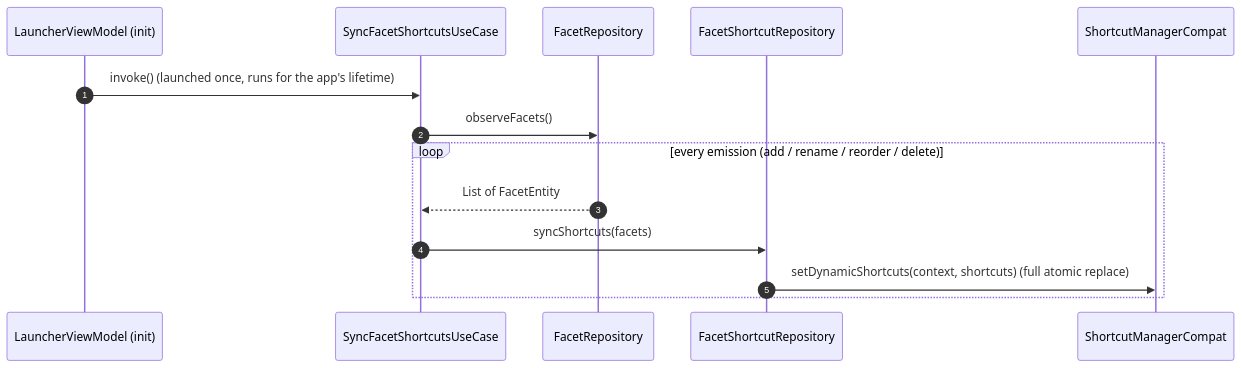
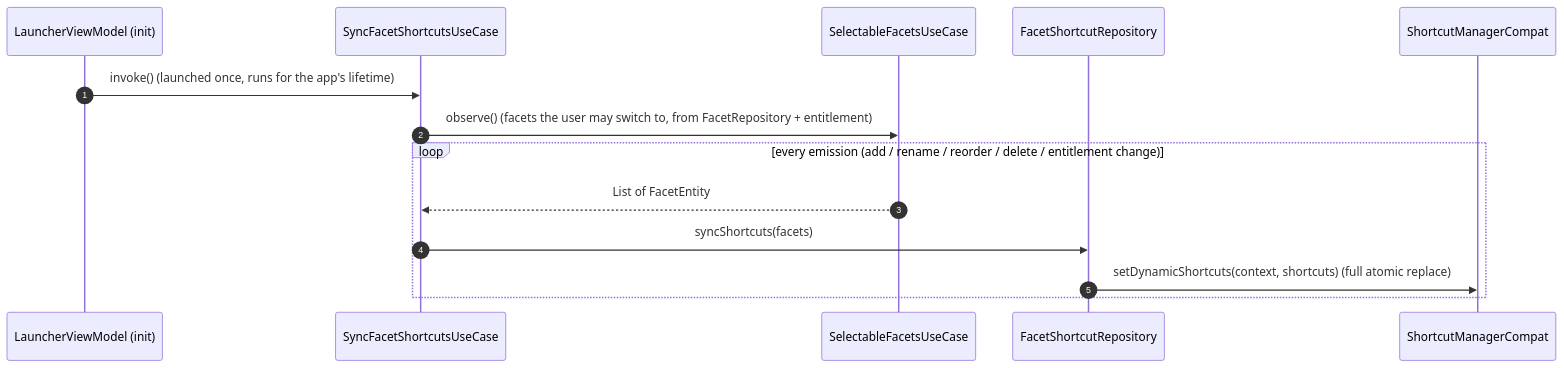
One commit to rohitganjam/facet-launcher changed the first of 2 diagrams in docs/architecture/14-flow-deep-links-and-shortcuts.md. Above: the diagram before and after it, drawn with Mermaid. The commit also changed other lines of this file and 78 other files, not shown here.

First line of the commit message:
Fold the eight Dock/Favorites tables into app_placements and folder_placements (schema v28)

````diff
--- a/docs/architecture/14-flow-deep-links-and-shortcuts.md
+++ b/docs/architecture/14-flow-deep-links-and-shortcuts.md
@@ -11,16 +11,16 @@
 ```mermaid
 sequenceDiagram
     autonumber
     participant LVM as LauncherViewModel (init)
     participant UC as SyncFacetShortcutsUseCase
-    participant FR as FacetRepository
+    participant SF as SelectableFacetsUseCase
     participant SR as FacetShortcutRepository
     participant SM as ShortcutManagerCompat
     LVM->>UC: invoke()   (launched once, runs for the app's lifetime)
-    UC->>FR: observeFacets()
-    loop every emission (add / rename / reorder / delete)
-        FR-->>UC: List of FacetEntity
+    UC->>SF: observe()   (facets the user may switch to, from FacetRepository + entitlement)
+    loop every emission (add / rename / reorder / delete / entitlement change)
+        SF-->>UC: List of FacetEntity
         UC->>SR: syncShortcuts(facets)
         SR->>SM: setDynamicShortcuts(context, shortcuts)   (full atomic replace)
     end
 ```
````
